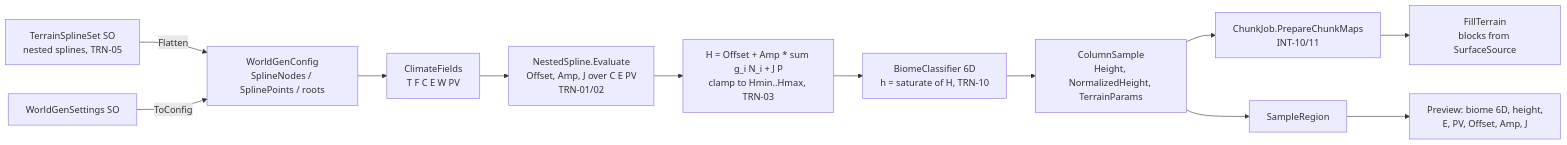
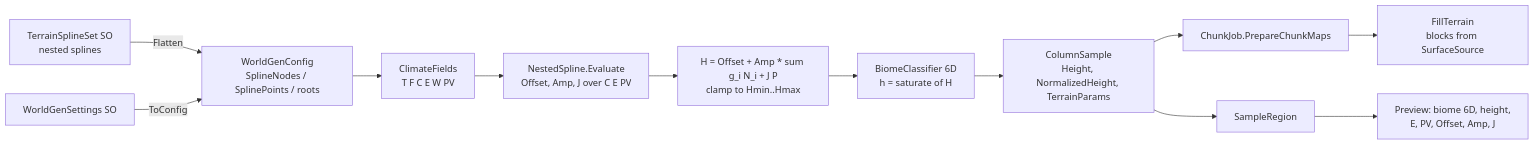
The fifth of 7 diagrams in Assets/Engine/Docs/WorldGenerationPipeline.md (anilas5235/Infinitile), drawn with Mermaid before and after one commit. The commit also changed other lines of this file and 281 other files, not shown here.

````diff
--- a/Assets/Engine/Docs/WorldGenerationPipeline.md
+++ b/Assets/Engine/Docs/WorldGenerationPipeline.md
@@ -429,13 +417,13 @@
 ```mermaid
 flowchart LR
-    T[TerrainSplineSet SO\nnested splines, TRN-05] -->|Flatten| C[WorldGenConfig\nSplineNodes / SplinePoints / roots]
+    T[TerrainSplineSet SO\nnested splines] -->|Flatten| C[WorldGenConfig\nSplineNodes / SplinePoints / roots]
     S[WorldGenSettings SO] -->|ToConfig| C
     C --> F[ClimateFields\nT F C E W PV]
-    F --> N[NestedSpline.Evaluate\nOffset, Amp, J over C E PV\nTRN-01/02]
-    N --> H[H = Offset + Amp * sum g_i N_i + J P\nclamp to Hmin..Hmax, TRN-03]
-    H --> K[BiomeClassifier 6D\nh = saturate of H, TRN-10]
+    F --> N[NestedSpline.Evaluate\nOffset, Amp, J over C E PV]
+    N --> H[H = Offset + Amp * sum g_i N_i + J P\nclamp to Hmin..Hmax]
+    H --> K[BiomeClassifier 6D\nh = saturate of H]
     K --> O[ColumnSample\nHeight, NormalizedHeight, TerrainParams]
-    O --> J[ChunkJob.PrepareChunkMaps\nINT-10/11]
+    O --> J[ChunkJob.PrepareChunkMaps]
     J --> V[FillTerrain\nblocks from SurfaceSource]
     O --> R[SampleRegion] --> P[Preview: biome 6D, height,\nE, PV, Offset, Amp, J]
 ```
````
